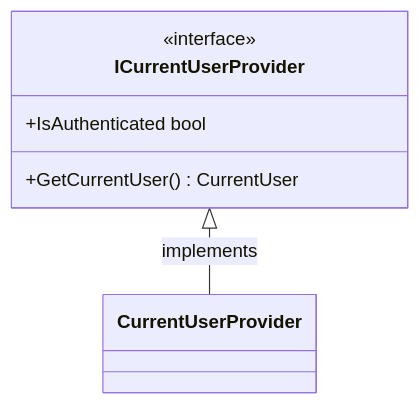
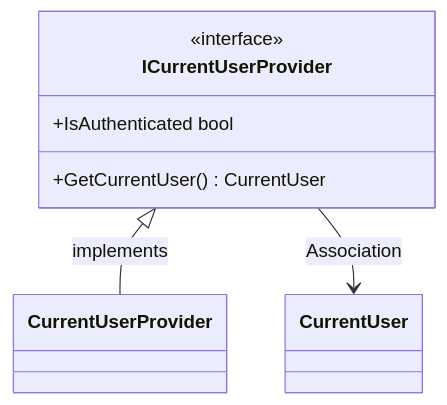
Before and after one commit to snicoper/agenda-manager-docs: the fifth of 8 diagrams in backend/source/Domain/Identity.md, drawn with Mermaid.

Commit message:
Actualizado Identity

````diff
--- a/backend/source/Domain/Identity.md
+++ b/backend/source/Domain/Identity.md
@@ -123,11 +123,12 @@
 ```mermaid
 classDiagram
     class ICurrentUserProvider{
         <<interface>>
         +IsAuthenticated bool
 
         +GetCurrentUser() CurrentUser
     }
 
     ICurrentUserProvider <|-- CurrentUserProvider : implements
+    ICurrentUserProvider --> CurrentUser : Association
 ```
````
